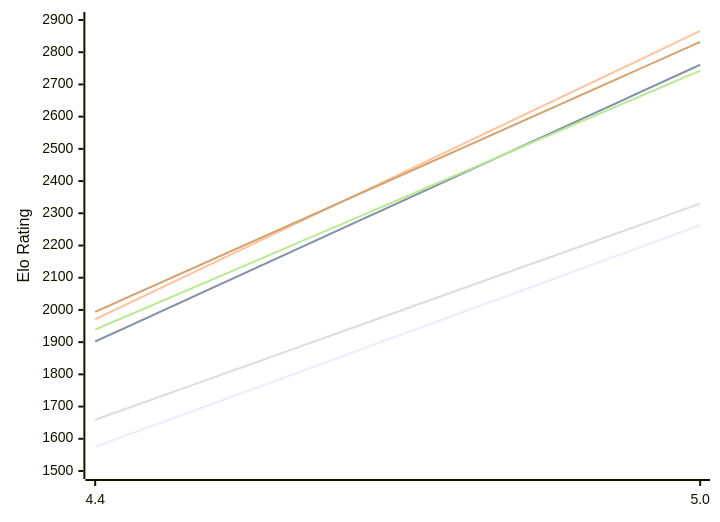
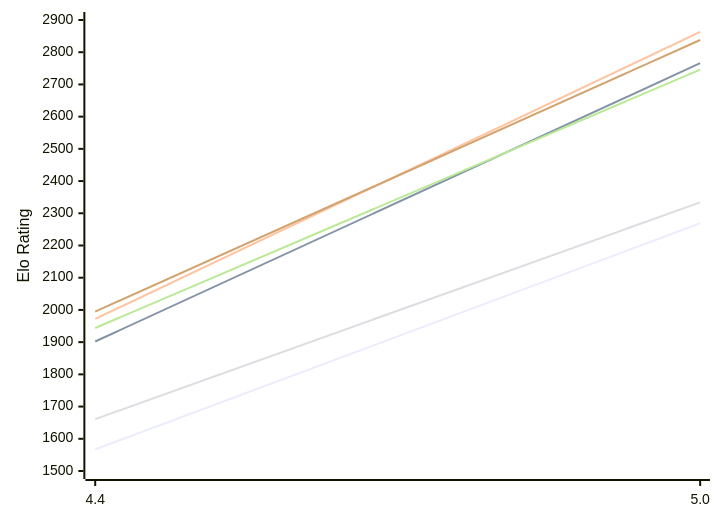
The first of 2 diagrams in engines/Radiance.md (computer-chess-index/cci), drawn with Mermaid before and after one commit. The commit also changed other lines of this file, not shown here.

Commit message:
Update CCI Ratings (ELO VLTC) - 2026-11-17

````diff
--- a/engines/Radiance.md
+++ b/engines/Radiance.md
@@ -51,12 +51,12 @@
 ```mermaid
 %%{init: {"theme":"base","themeVariables":{"seriesColors:['#a3a3a3','#222221','#faa371']}}}%%
 xychart-beta
   x-axis ["4.4", "5.0"]
   y-axis "Elo Rating" 1500 --> 2900
-  line "E1: STC (8.0+0.08s)" [1575, 2263]
-  line "E1: LTC (60.0+0.60s)" [1902, 2761]
-  line "E1: VLTC (2m24s+1.12s)" [1971, 2866]
-  line "P1: STC (8.0+0.08s)" [1659, 2330]
-  line "P1: LTC (60.0+0.60s)" [1939, 2743]
-  line "P1: VLTC (2m24s+1.12s)" [1994, 2832]
+  line "E1: STC (8.0+0.08s)" [1567, 2269]
+  line "E1: LTC (60.0+0.60s)" [1902, 2766]
+  line "E1: VLTC (2m24s+1.12s)" [1972, 2863]
+  line "P1: STC (8.0+0.08s)" [1661, 2334]
+  line "P1: LTC (60.0+0.60s)" [1944, 2746]
+  line "P1: VLTC (2m24s+1.12s)" [1995, 2838]
 ```
````
